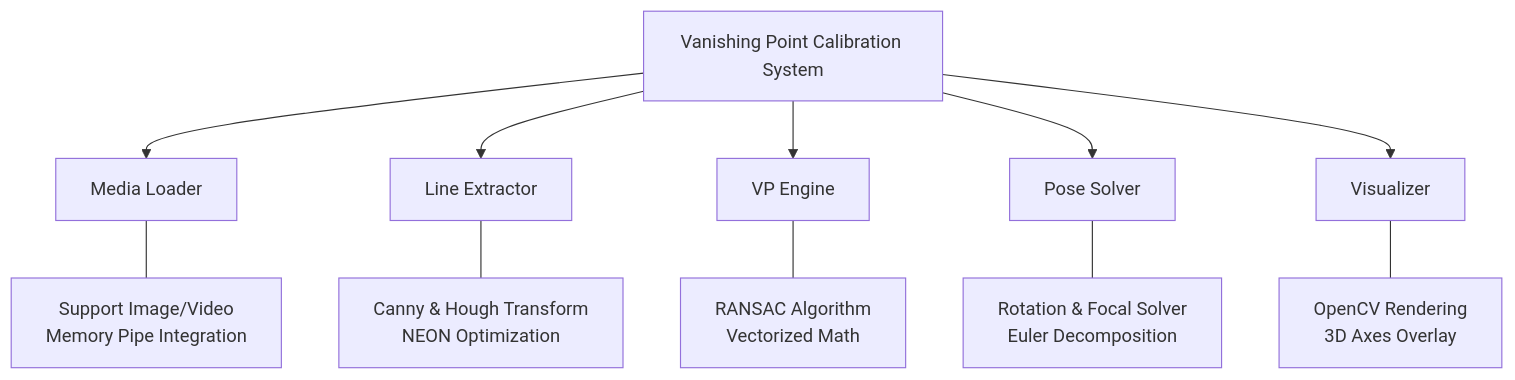
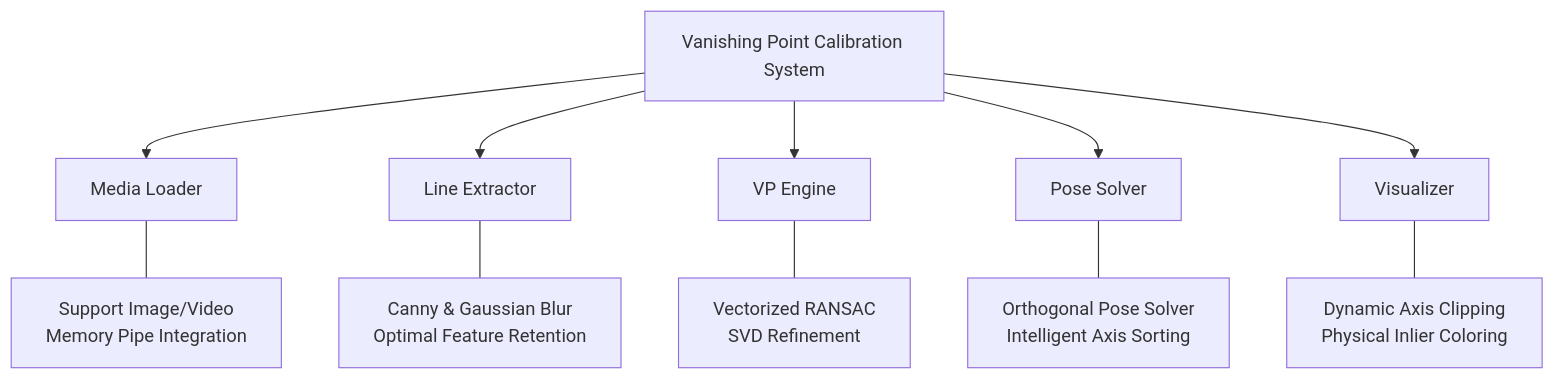
One commit to hank921109/114-2-Phone_Camera_Attitude changed the first of 3 diagrams in README.md. Above: the diagram before and after it, drawn with Mermaid. The commit also changed other lines of this file and 17 other files, not shown here.

First line of the commit message:
室內圖 座標起點都正常 除了 outputs/result_rt0.jpg ，空拍ʼoffice 的 RANSEC 不準確，已實作 Vectorized RANSAC、SVD 精煉與自動原點估計。

````diff
--- a/README.md
+++ b/README.md
@@ -33,16 +36,16 @@
 ```mermaid
 graph TD
     System[Vanishing Point Calibration System]
     
     System --> ML[Media Loader]
     System --> LE[Line Extractor]
     System --> VE[VP Engine]
     System --> PS[Pose Solver]
     System --> VI[Visualizer]
 
     ML --- ML_Desc["Support Image/Video<br/>Memory Pipe Integration"]
-    LE --- LE_Desc["Canny & Hough Transform<br/>NEON Optimization"]
-    VE --- VE_Desc["RANSAC Algorithm<br/>Vectorized Math"]
-    PS --- PS_Desc["Rotation & Focal Solver<br/>Euler Decomposition"]
-    VI --- VI_Desc["OpenCV Rendering<br/>3D Axes Overlay"]
+    LE --- LE_Desc["Canny & Gaussian Blur<br/>Optimal Feature Retention"]
+    VE --- VE_Desc["Vectorized RANSAC<br/>SVD Refinement"]
+    PS --- PS_Desc["Orthogonal Pose Solver<br/>Intelligent Axis Sorting"]
+    VI --- VI_Desc["Dynamic Axis Clipping<br/>Physical Inlier Coloring"]
 ```
````
